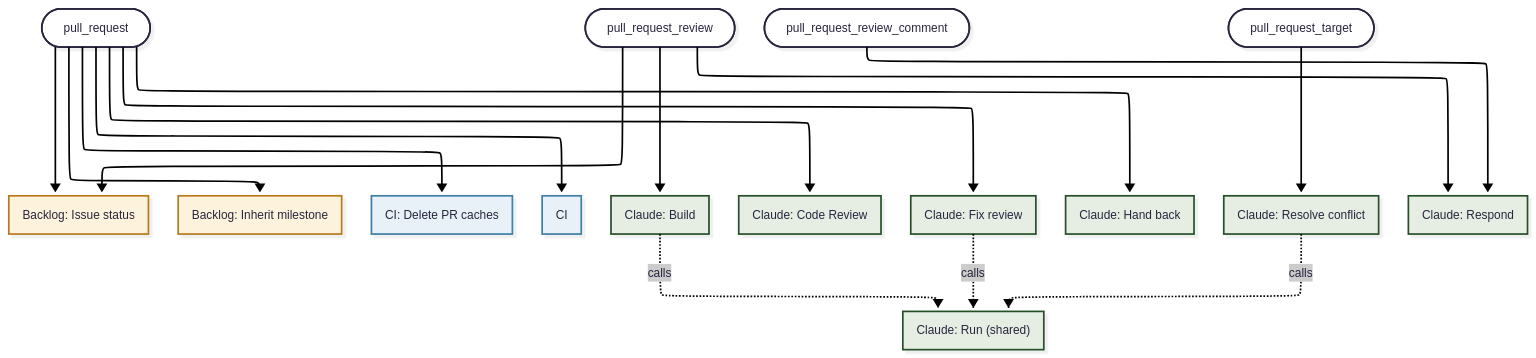
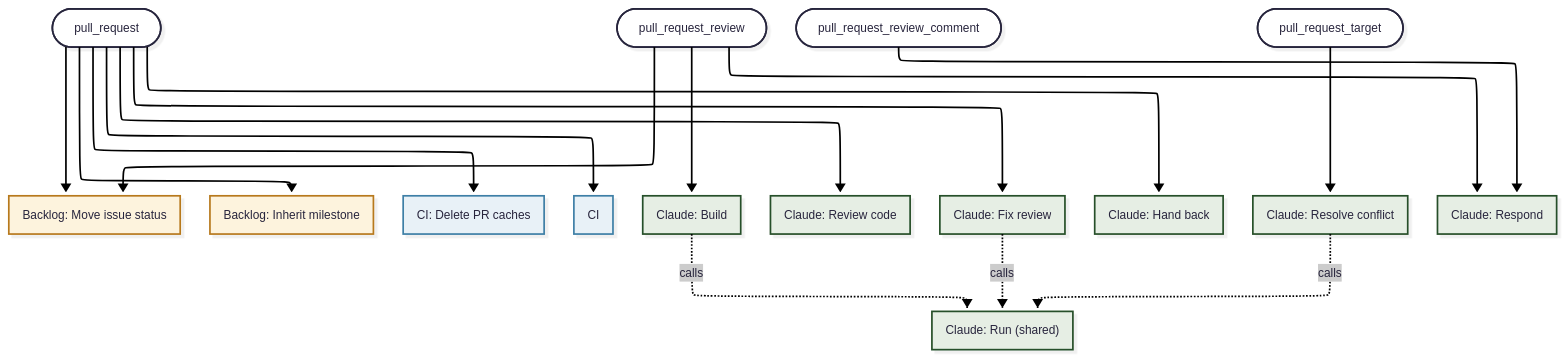
Before and after one commit to henetiriki/kinscape: the first of 3 diagrams in .github/workflows/README.md, drawn with Mermaid. The commit also changed other lines of this file and 34 other files, not shown here.

````diff
--- a/.github/workflows/README.md
+++ b/.github/workflows/README.md
@@ -46,45 +46,45 @@
 ```mermaid
 ---
 config:
   theme: redux-color
   look: neo
   layout: elk
 ---
 flowchart TB
   on_pull_request([pull_request])
   on_pull_request_review([pull_request_review])
   on_pull_request_review_comment([pull_request_review_comment])
   on_pull_request_target([pull_request_target])
-  backlog_issue_status["Backlog: Issue status"]
+  backlog_issue_status["Backlog: Move issue status"]
   backlog_milestone["Backlog: Inherit milestone"]
   ci_cache_cleanup["CI: Delete PR caches"]
   ci["CI"]
   claude_build["Claude: Build"]
-  claude_code_review["Claude: Code Review"]
+  claude_code_review["Claude: Review code"]
   claude_fix_review["Claude: Fix review"]
   claude_hand_back["Claude: Hand back"]
   claude_resolve_conflict["Claude: Resolve conflict"]
   claude_respond["Claude: Respond"]
   claude_run["Claude: Run (shared)"]
   on_pull_request --> backlog_issue_status
   on_pull_request --> backlog_milestone
   on_pull_request --> ci_cache_cleanup
   on_pull_request --> ci
   on_pull_request --> claude_code_review
   on_pull_request --> claude_fix_review
   on_pull_request --> claude_hand_back
   on_pull_request_review --> backlog_issue_status
   on_pull_request_review --> claude_build
   on_pull_request_review --> claude_respond
   on_pull_request_review_comment --> claude_respond
   on_pull_request_target --> claude_resolve_conflict
   claude_build -.->|calls| claude_run
   claude_fix_review -.->|calls| claude_run
   claude_resolve_conflict -.->|calls| claude_run
   classDef backlog fill:#fdf3dd,stroke:#b7791f
   classDef ci fill:#e8f1f7,stroke:#3e7fa6
   classDef claude fill:#e6eee4,stroke:#264f29
   class backlog_issue_status,backlog_milestone backlog
   class ci_cache_cleanup,ci ci
   class claude_build,claude_code_review,claude_fix_review,claude_hand_back,claude_resolve_conflict,claude_respond,claude_run claude
 ```
````
